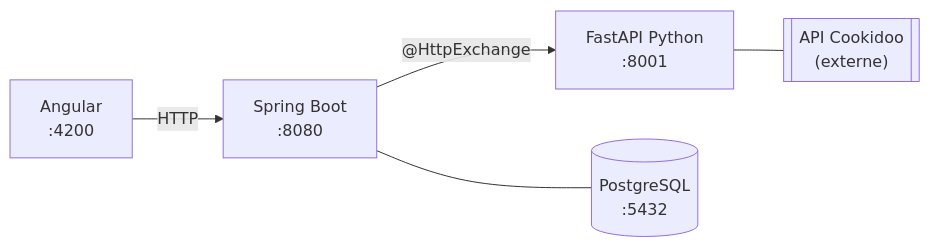
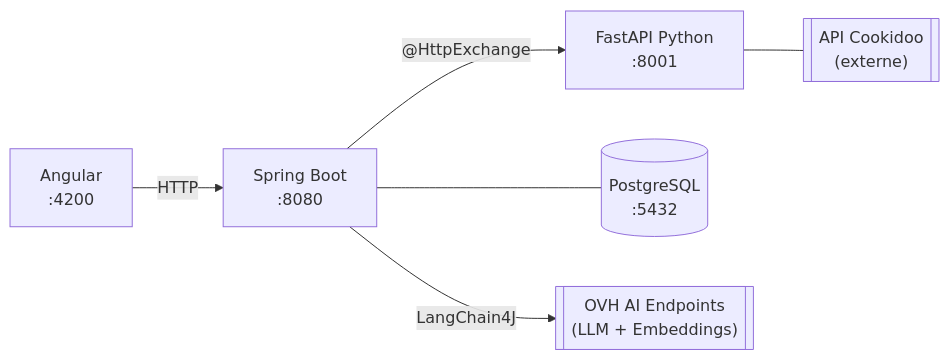
Before and after one commit to seblaporte/KitchenVault: the diagram in README.md, drawn with Mermaid. The commit also changed other lines of this file and 1 other file, not shown here.

````diff
--- a/README.md
+++ b/README.md
@@ -9,13 +9,15 @@
 ```mermaid
 graph LR
     FE["Angular\n:4200"]
     BE["Spring Boot\n:8080"]
     PY["FastAPI Python\n:8001"]
     DB[("PostgreSQL\n:5432")]
     EXT[["API Cookidoo\n(externe)"]]
+    AI[["OVH AI Endpoints\n(LLM + Embeddings)"]]
 
     FE -->|HTTP| BE
     BE -->|"@HttpExchange"| PY
     BE --- DB
+    BE -->|LangChain4J| AI
     PY --- EXT
 ```
````
